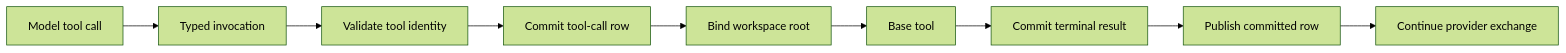
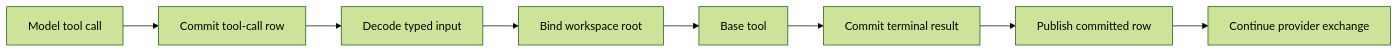
The diagram in docs/intention-relay/architecture/05-tools-and-workspace.md (y0tsy/intention-relay), drawn with Mermaid (forest theme) before and after one commit. The commit also changed other lines of this file and 1085 other files, not shown here.

````diff
--- a/docs/intention-relay/architecture/05-tools-and-workspace.md
+++ b/docs/intention-relay/architecture/05-tools-and-workspace.md
@@ -103,11 +110,10 @@
 ```mermaid
 flowchart LR
-  MT[Model tool call] --> IV[Typed invocation]
-  IV --> TV[Validate tool identity]
-  TV --> WC[Commit tool-call row]
-  WC --> WR[Bind workspace root]
+  MT[Model tool call] --> WC[Commit tool-call row]
+  WC --> IV[Decode typed input]
+  IV --> WR[Bind workspace root]
   WR --> EX[Base tool]
   EX --> TC[Commit terminal result]
   TC --> PB[Publish committed row]
   PB --> CE[Continue provider exchange]
 ```
````
